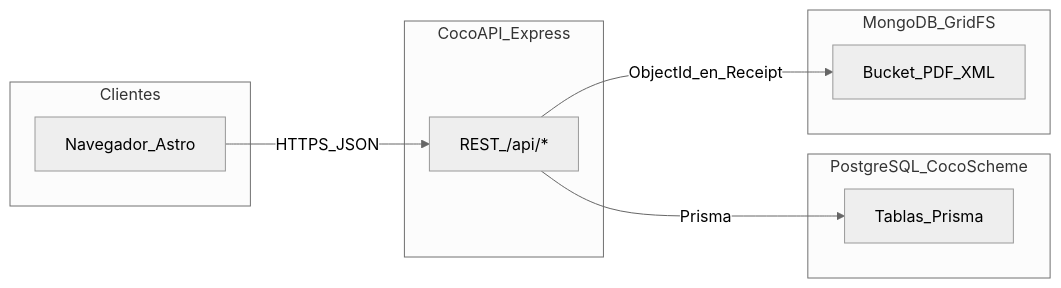
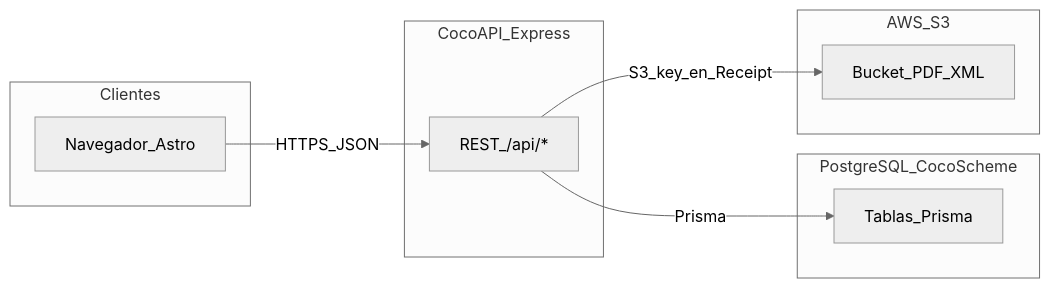
The first of 4 diagrams in docs/arquitectura-datos/flujos.md (coconsulting2/cocowiki), drawn with Mermaid (neutral theme) before and after one commit. The commit also changed other lines of this file and 20 other files, not shown here.

````diff
--- a/docs/arquitectura-datos/flujos.md
+++ b/docs/arquitectura-datos/flujos.md
@@ -13,18 +13,18 @@
 ```mermaid
 flowchart LR
   subgraph clients [Clientes]
     Browser[Navegador_Astro]
   end
   subgraph api [CocoAPI_Express]
     Routes[REST_/api/*]
   end
   subgraph pg [PostgreSQL_CocoScheme]
     Tables[Tablas_Prisma]
   end
-  subgraph mongo [MongoDB_GridFS]
-    GridFS[Bucket_PDF_XML]
+  subgraph s3 [AWS_S3]
+    S3B[Bucket_PDF_XML]
   end
   Browser -->|HTTPS_JSON| Routes
   Routes -->|Prisma| Tables
-  Routes -->|ObjectId_en_Receipt| GridFS
+  Routes -->|S3_key_en_Receipt| S3B
 ```
````
